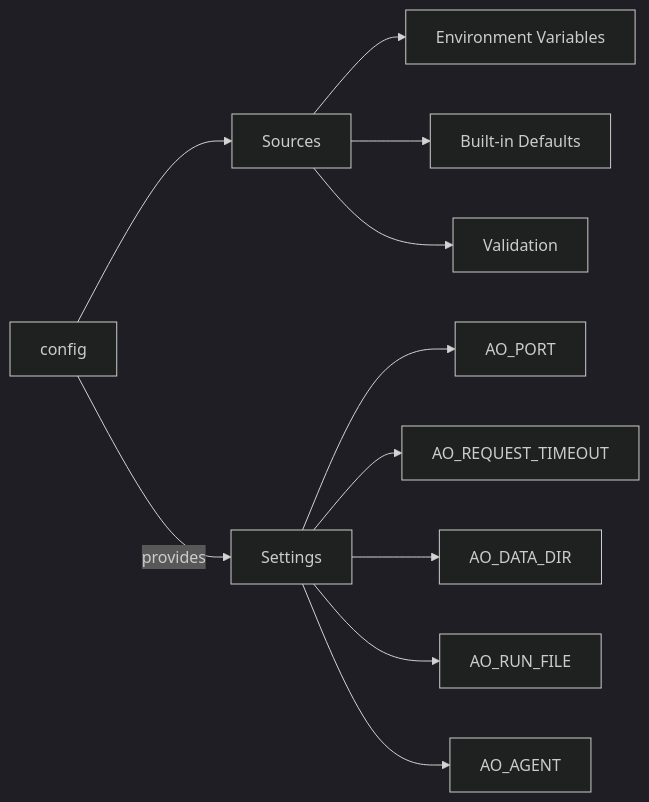
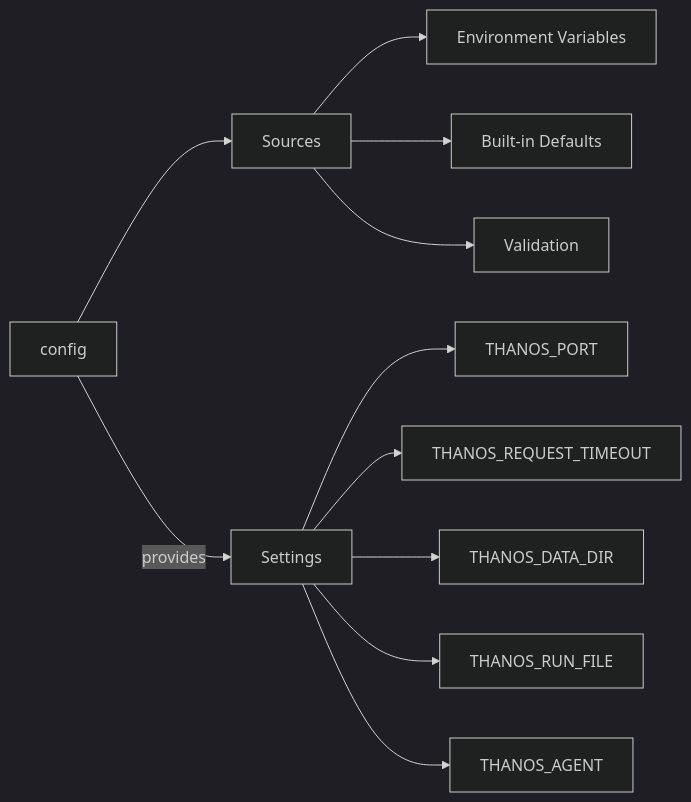
One commit to tinhtran24/maestro changed diagram 18 of 23 in docs/backend-code-structure.md. Above: the diagram before and after it, drawn with Mermaid (dark theme). The commit also changed other lines of this file and 386 other files, not shown here.

First line of the commit message:
rebrand: rename Agent Orchestrator / AO -> Thanos across the repo

````diff
--- a/docs/backend-code-structure.md
+++ b/docs/backend-code-structure.md
@@ -681,17 +681,17 @@
 ```mermaid
 graph LR
     Config[config] --> Sources[Sources]
 
     Sources --> Env[Environment Variables]
     Sources --> Defaults[Built-in Defaults]
     Sources --> Validate[Validation]
 
     Config -->|provides| Settings[Settings]
 
-    Settings --> Port[AO_PORT]
-    Settings --> Timeout[AO_REQUEST_TIMEOUT]
-    Settings --> DataDir[AO_DATA_DIR]
-    Settings --> RunFile[AO_RUN_FILE]
-    Settings --> Agent[AO_AGENT]
+    Settings --> Port[THANOS_PORT]
+    Settings --> Timeout[THANOS_REQUEST_TIMEOUT]
+    Settings --> DataDir[THANOS_DATA_DIR]
+    Settings --> RunFile[THANOS_RUN_FILE]
+    Settings --> Agent[THANOS_AGENT]
 
 ```
````
